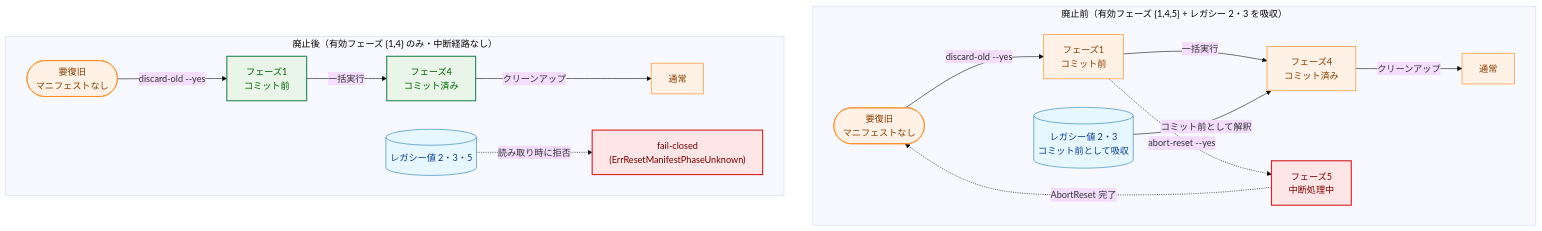
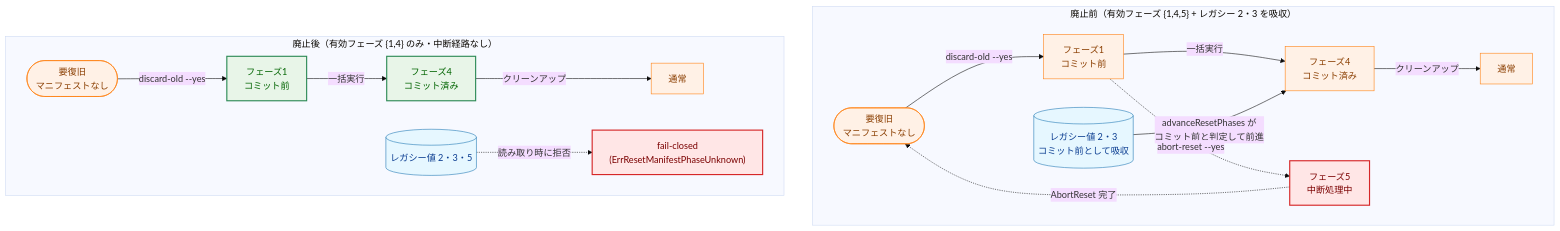
One commit to isseis/tlsrpt-digest changed the first of 11 diagrams in docs/tasks/0081_abort_reset_removal/02_architecture.md. Above: the diagram before and after it, drawn with Mermaid (base theme). The commit also changed other lines of this file and 1 other file, not shown here.

````diff
--- a/docs/tasks/0081_abort_reset_removal/02_architecture.md
+++ b/docs/tasks/0081_abort_reset_removal/02_architecture.md
@@ -44,42 +44,42 @@
 ```mermaid
 flowchart TD
     classDef process fill:#fff1e6,stroke:#ff7f0e,stroke-width:1px,color:#8a3e00;
     classDef enhanced fill:#e8f5e8,stroke:#2e8b57,stroke-width:2px,color:#006400;
     classDef problem fill:#ffe6e6,stroke:#d62728,stroke-width:2px,color:#7b0000;
     classDef data fill:#e6f7ff,stroke:#1f77b4,stroke-width:1px,color:#0b3d91;
 
     subgraph Before["廃止前（有効フェーズ {1,4,5} + レガシー 2・3 を吸収）"]
         BRR(["要復旧<br>マニフェストなし"])
         BP1["フェーズ1<br>コミット前"]
         BLegacy[("レガシー値 2・3<br>コミット前として吸収")]
         BP4["フェーズ4<br>コミット済み"]
         BP5["フェーズ5<br>中断処理中"]
         BNormal["通常"]
         BRR -->|"discard-old --yes"| BP1
         BP1 -->|"一括実行"| BP4
-        BLegacy -->|"コミット前として解釈"| BP4
+        BLegacy -->|"advanceResetPhases が<br>コミット前と判定して前進"| BP4
         BP4 -->|"クリーンアップ"| BNormal
         BP1 -.->|"abort-reset --yes"| BP5
         BP5 -.->|"AbortReset 完了"| BRR
         class BP5 problem
         class BLegacy data
     end
 
     subgraph After["廃止後（有効フェーズ {1,4} のみ・中断経路なし）"]
         ARR(["要復旧<br>マニフェストなし"])
         AP1["フェーズ1<br>コミット前"]
         AP4["フェーズ4<br>コミット済み"]
         ANormal["通常"]
         AFail["fail-closed<br>(ErrResetManifestPhaseUnknown)"]
         ALegacy[("レガシー値 2・3・5")]
         ARR -->|"discard-old --yes"| AP1
         AP1 -->|"一括実行"| AP4
         AP4 -->|"クリーンアップ"| ANormal
         ALegacy -.->|"読み取り時に拒否"| AFail
         class AP1,AP4 enhanced
         class AFail problem
         class ALegacy data
     end
 
     class BRR,BP1,BP4,BNormal,ARR,ANormal process
 ```
````
